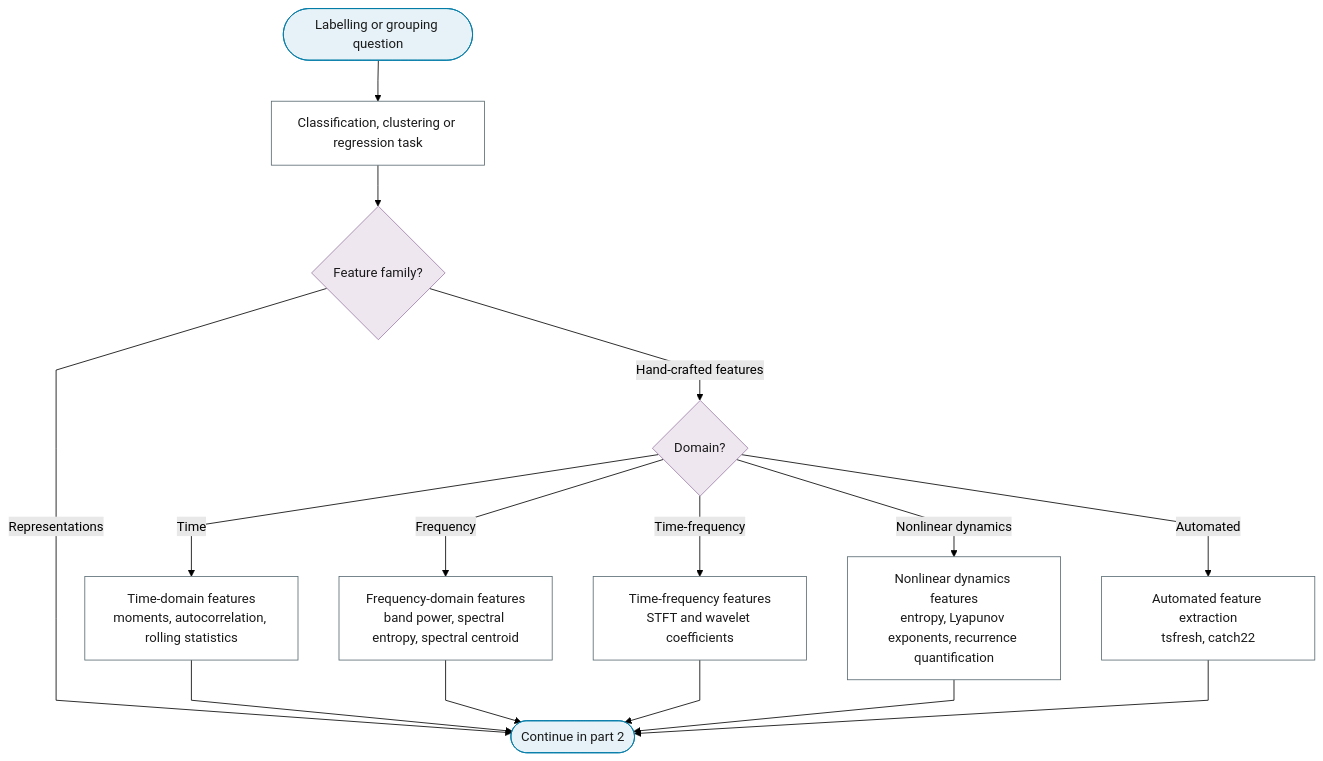
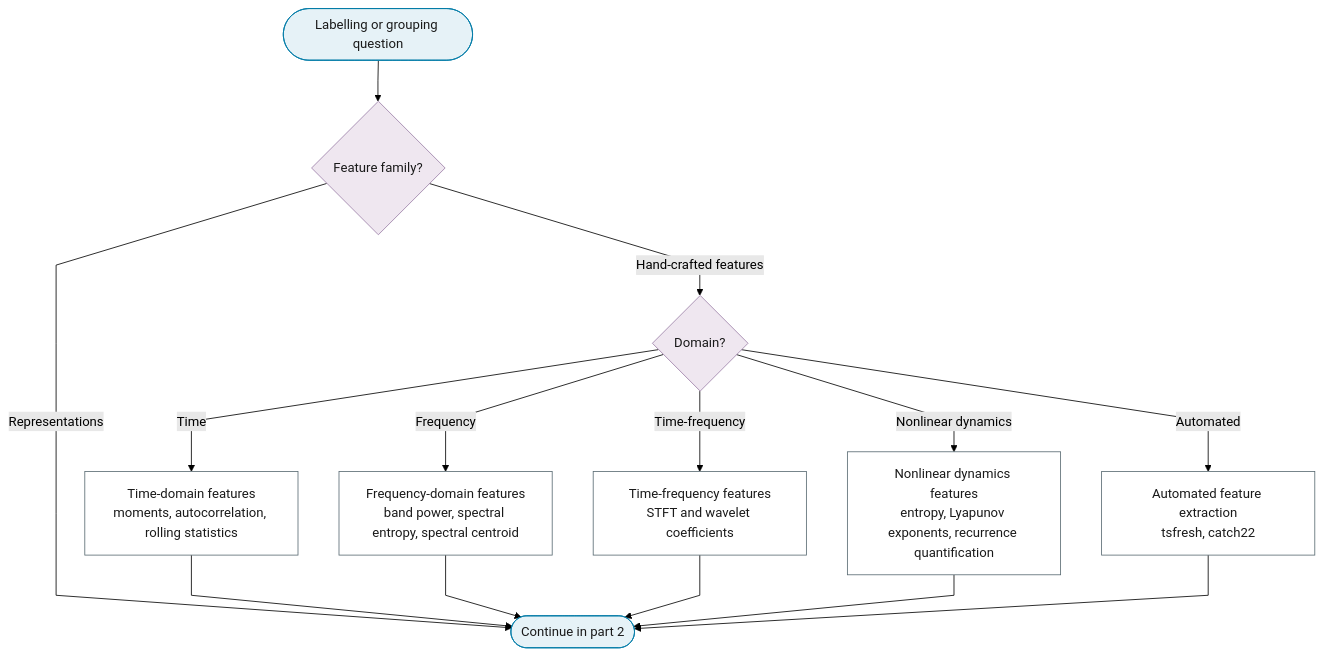
The first of 2 diagrams in docs/01-workflow/p02-purpose/07-feature-extraction-classification.md (Shuxin-Y/time-series-analysis-manual), drawn with Mermaid (forest theme) before and after one commit. The commit also changed other lines of this file and 27 other files, not shown here.

First line of the commit message:
fix(flowchart): one method, one leaf

````diff
--- a/docs/01-workflow/p02-purpose/07-feature-extraction-classification.md
+++ b/docs/01-workflow/p02-purpose/07-feature-extraction-classification.md
@@ -9,25 +9,24 @@
 ```mermaid
 %%{init: {"flowchart": {"curve": "linear"}}}%%
 graph TD
-    P2_FE_IN(["Labelling or grouping question"]) --> P2_FE_TASK["Classification, clustering or regression task"]
-    P2_FE_TASK --> P2_FE_FEATURE_Q{"Feature family?"}
+    P2_FE_IN(["Labelling or grouping question"]) --> P2_FE_FEATURE_Q{"Feature family?"}
     P2_FE_FEATURE_Q -->|"Hand-crafted features"| P2_FE_HANDCRAFTED{"Domain?"}
     P2_FE_FEATURE_Q -->|"Representations"| P2_FE_TO_PART_2
     P2_FE_HANDCRAFTED -->|"Time"| P2_FE_TIME_FEATURES["Time-domain features<br/>moments, autocorrelation, rolling statistics"]
     P2_FE_HANDCRAFTED -->|"Frequency"| P2_FE_FREQ_FEATURES["Frequency-domain features<br/>band power, spectral entropy, spectral centroid"]
     P2_FE_HANDCRAFTED -->|"Time-frequency"| P2_FE_TF_FEATURES["Time-frequency features<br/>STFT and wavelet coefficients"]
     P2_FE_HANDCRAFTED -->|"Nonlinear dynamics"| P2_FE_NONLINEAR_FEATURES["Nonlinear dynamics features<br/>entropy, Lyapunov exponents, recurrence quantification"]
     P2_FE_HANDCRAFTED -->|"Automated"| P2_FE_AUTOMATED["Automated feature extraction<br/>tsfresh, catch22"]
     P2_FE_TIME_FEATURES & P2_FE_FREQ_FEATURES & P2_FE_TF_FEATURES & P2_FE_NONLINEAR_FEATURES & P2_FE_AUTOMATED --> P2_FE_TO_PART_2(["Continue in part 2"])
     class P2_FE_IN,P2_FE_TO_PART_2 terminator
     class P2_FE_FEATURE_Q,P2_FE_HANDCRAFTED decision
-    class P2_FE_TASK,P2_FE_TIME_FEATURES,P2_FE_FREQ_FEATURES,P2_FE_TF_FEATURES,P2_FE_NONLINEAR_FEATURES,P2_FE_AUTOMATED process
+    class P2_FE_TIME_FEATURES,P2_FE_FREQ_FEATURES,P2_FE_TF_FEATURES,P2_FE_NONLINEAR_FEATURES,P2_FE_AUTOMATED process
     classDef terminator fill:#E6F2F7,stroke:#007BA7,color:#1A1A1A;
     classDef process fill:#FFFFFF,stroke:#5A6B73,color:#1A1A1A;
     classDef decision fill:#EFE7F0,stroke:#9B7FA7,color:#1A1A1A;
     classDef data fill:#FFF4E0,stroke:#C9A55E,color:#1A1A1A;
     classDef good fill:#DCEFD8,stroke:#4A7A3F,color:#1A1A1A;
     classDef escalate fill:#FFE9C2,stroke:#C9A55E,color:#1A1A1A;
     classDef problem fill:#F2D9DE,stroke:#800020,color:#1A1A1A;
     classDef ref fill:#F7F7F7,stroke:#5A6B73,color:#1A1A1A,stroke-dasharray:4 3;
 ```
````
